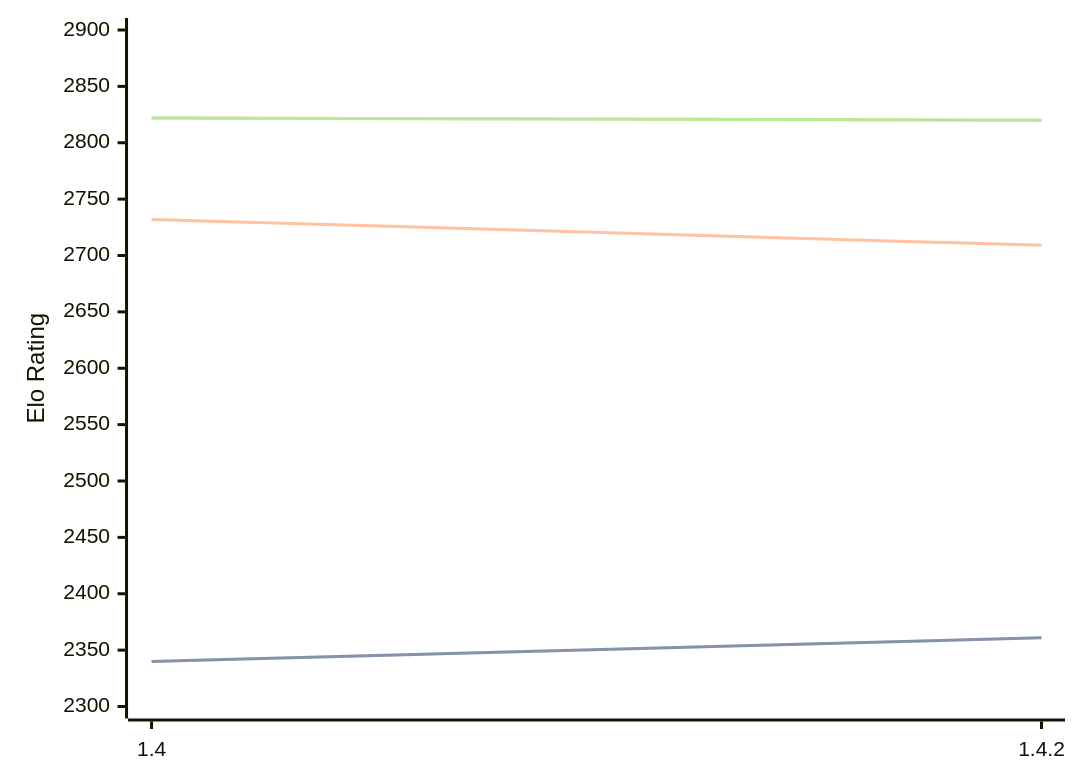
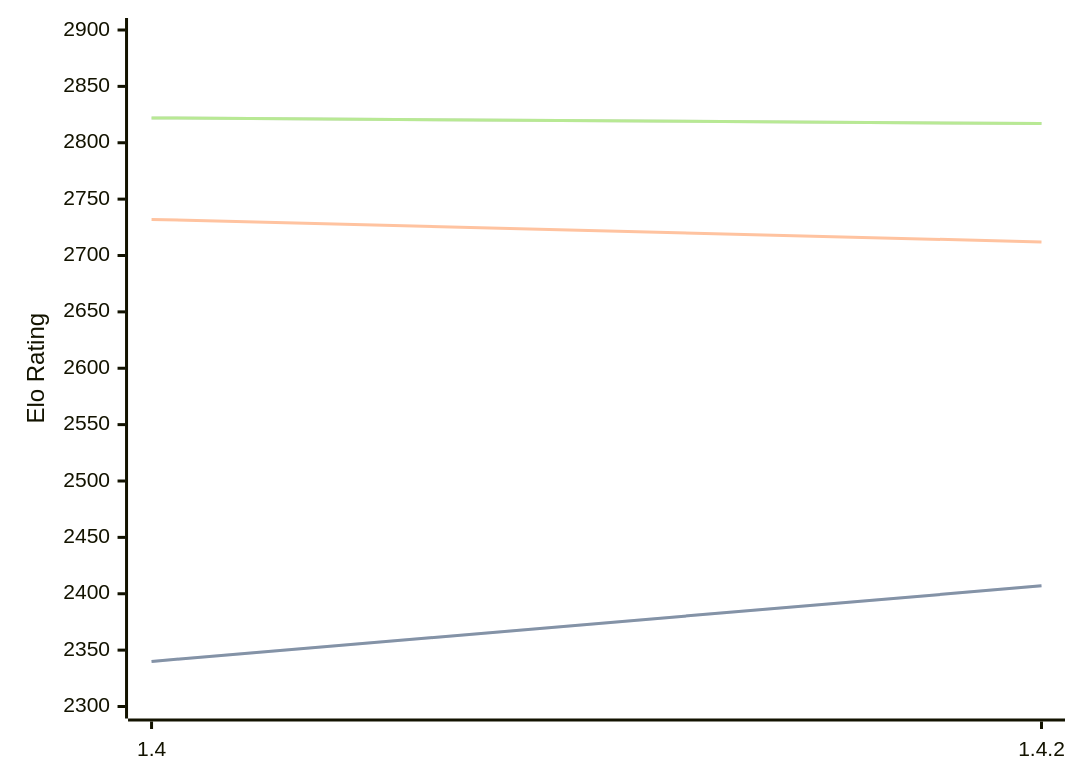
Before and after one commit to computer-chess-index/cci: the diagram in engines/Spike.md, drawn with Mermaid. The commit also changed other lines of this file, not shown here.

Commit message:
Update CCI Ratings (ELO VLTC) - 2026-08-30

````diff
--- a/engines/Spike.md
+++ b/engines/Spike.md
@@ -32,11 +32,11 @@
 ```mermaid
 %%{init: {"theme":"base","themeVariables":{"seriesColors:['#a3a3a3','#222221','#faa371']}}}%%
 xychart-beta
   x-axis ["1.4", "1.4.2"]
   y-axis "Elo Rating" 2300 --> 2900
-  line "" [2340, 2361]
-  line "STC (8.0+0.08s)" [2340, 2361]
-  line "LTC (60.0+0.60s)" [2732, 2709]
-  line "" [2822, 2820]
-  line "VLTC (2m24s+1.12s)" [2822, 2820]
+  line "" [2340, 2407]
+  line "STC (8.0+0.08s)" [2340, 2407]
+  line "LTC (60.0+0.60s)" [2732, 2712]
+  line "" [2822, 2817]
+  line "VLTC (2m24s+1.12s)" [2822, 2817]
 ```
````
